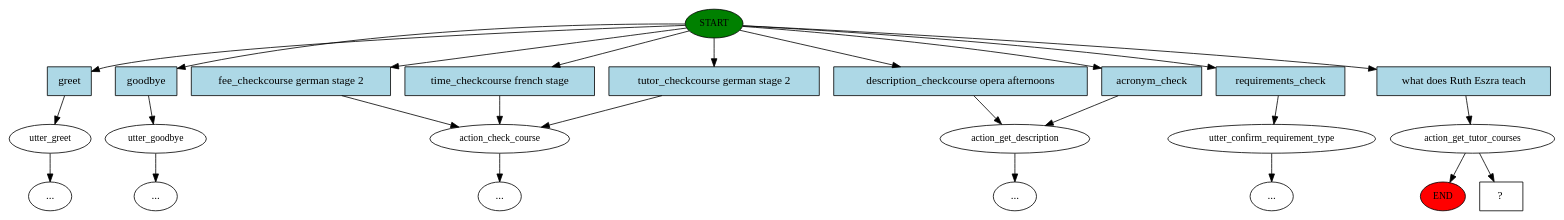
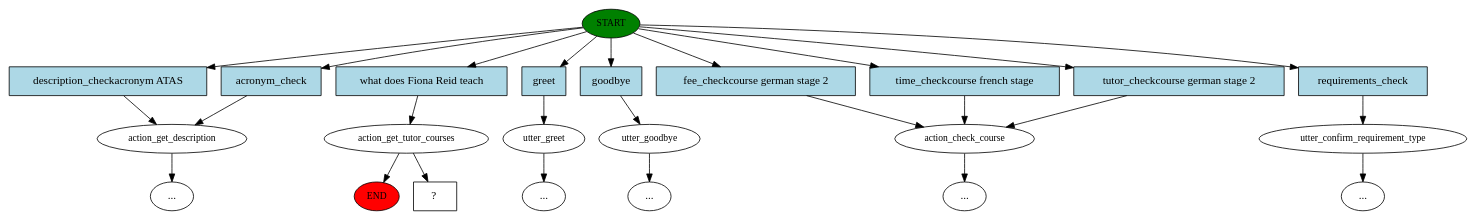
One commit to leonore/ugenie changed the diagram in chat-service/model/story_graph.dot. Above: the diagram before and after it, drawn with Graphviz. The commit also changed 4 other files, not shown here.

Commit message:
increase tutor-courses training

```diff
--- a/chat-service/model/story_graph.dot
+++ b/chat-service/model/story_graph.dot
@@ -1,50 +1,50 @@
 digraph  {
 0 [class="start active", fillcolor=green, fontsize=12, label=START, style=filled];
 "-1" [class=end, fillcolor=red, fontsize=12, label=END, style=filled];
-1 [class="", fontsize=12, label=utter_greet];
-2 [class="", fontsize=12, label=utter_goodbye];
-"-4" [class=ellipsis, label="..."];
-3 [class="", fontsize=12, label=action_check_course];
-7 [class="", fontsize=12, label=action_get_description];
-11 [class="", fontsize=12, label=utter_confirm_requirement_type];
-"-13" [class=ellipsis, label="..."];
-"-21" [class=ellipsis, label="..."];
-"-24" [class=ellipsis, label="..."];
+1 [class="", fontsize=12, label=action_get_description];
+3 [class=active, fontsize=12, label=action_get_tutor_courses];
+4 [class="", fontsize=12, label=utter_greet];
+5 [class="", fontsize=12, label=utter_goodbye];
+"-6" [class=ellipsis, label="..."];
+6 [class="", fontsize=12, label=action_check_course];
+14 [class="", fontsize=12, label=utter_confirm_requirement_type];
+"-15" [class=ellipsis, label="..."];
+"-20" [class=ellipsis, label="..."];
+"-22" [class=ellipsis, label="..."];
 "-25" [class=ellipsis, label="..."];
-24 [class=active, fontsize=12, label=action_get_tutor_courses];
 26 [class="intent dashed active", label="  ?  ", shape=rect];
-27 [class=intent, fillcolor=lightblue, label=greet, shape=rect, style=filled];
-28 [class=intent, fillcolor=lightblue, label=goodbye, shape=rect, style=filled];
-29 [class=intent, fillcolor=lightblue, label="fee_checkcourse german stage 2", shape=rect, style=filled];
-30 [class=intent, fillcolor=lightblue, label="time_checkcourse french stage", shape=rect, style=filled];
-31 [class=intent, fillcolor=lightblue, label="tutor_checkcourse german stage 2", shape=rect, style=filled];
-32 [class=intent, fillcolor=lightblue, label="description_checkcourse opera afternoons", shape=rect, style=filled];
-33 [class=intent, fillcolor=lightblue, label=acronym_check, shape=rect, style=filled];
-34 [class=intent, fillcolor=lightblue, label=requirements_check, shape=rect, style=filled];
-35 [class="intent active", fillcolor=lightblue, label="what does Ruth Eszra teach", shape=rect, style=filled];
+27 [class=intent, fillcolor=lightblue, label="description_checkacronym ATAS", shape=rect, style=filled];
+28 [class=intent, fillcolor=lightblue, label=acronym_check, shape=rect, style=filled];
+29 [class="intent active", fillcolor=lightblue, label="what does Fiona Reid teach", shape=rect, style=filled];
+30 [class=intent, fillcolor=lightblue, label=greet, shape=rect, style=filled];
+31 [class=intent, fillcolor=lightblue, label=goodbye, shape=rect, style=filled];
+32 [class=intent, fillcolor=lightblue, label="fee_checkcourse german stage 2", shape=rect, style=filled];
+33 [class=intent, fillcolor=lightblue, label="time_checkcourse french stage", shape=rect, style=filled];
+34 [class=intent, fillcolor=lightblue, label="tutor_checkcourse german stage 2", shape=rect, style=filled];
+35 [class=intent, fillcolor=lightblue, label=requirements_check, shape=rect, style=filled];
 0 -> 27  [class="", key=0];
 0 -> 28  [class="", key=0];
-0 -> 29  [class="", key=0];
+0 -> 29  [class=active, key=0];
 0 -> 30  [class="", key=0];
 0 -> 31  [class="", key=0];
 0 -> 32  [class="", key=0];
 0 -> 33  [class="", key=0];
 0 -> 34  [class="", key=0];
-0 -> 35  [class=active, key=0];
-1 -> "-24"  [class="", key=NONE, label=""];
-2 -> "-4"  [class="", key=NONE, label=""];
-3 -> "-21"  [class="", key=NONE, label=""];
-7 -> "-25"  [class="", key=NONE, label=""];
-11 -> "-13"  [class="", key=NONE, label=""];
-24 -> "-1"  [class="", key=NONE, label=""];
-24 -> 26  [class=active, key=NONE, label=""];
+0 -> 35  [class="", key=0];
+1 -> "-20"  [class="", key=NONE, label=""];
+3 -> "-1"  [class="", key=NONE, label=""];
+3 -> 26  [class=active, key=NONE, label=""];
+4 -> "-25"  [class="", key=NONE, label=""];
+5 -> "-6"  [class="", key=NONE, label=""];
+6 -> "-22"  [class="", key=NONE, label=""];
+14 -> "-15"  [class="", key=NONE, label=""];
 27 -> 1  [class="", key=0];
-28 -> 2  [class="", key=0];
-29 -> 3  [class="", key=0];
-30 -> 3  [class="", key=0];
-31 -> 3  [class="", key=0];
-32 -> 7  [class="", key=0];
-33 -> 7  [class="", key=0];
-34 -> 11  [class="", key=0];
-35 -> 24  [class=active, key=0];
+28 -> 1  [class="", key=0];
+29 -> 3  [class=active, key=0];
+30 -> 4  [class="", key=0];
+31 -> 5  [class="", key=0];
+32 -> 6  [class="", key=0];
+33 -> 6  [class="", key=0];
+34 -> 6  [class="", key=0];
+35 -> 14  [class="", key=0];
 }
```
